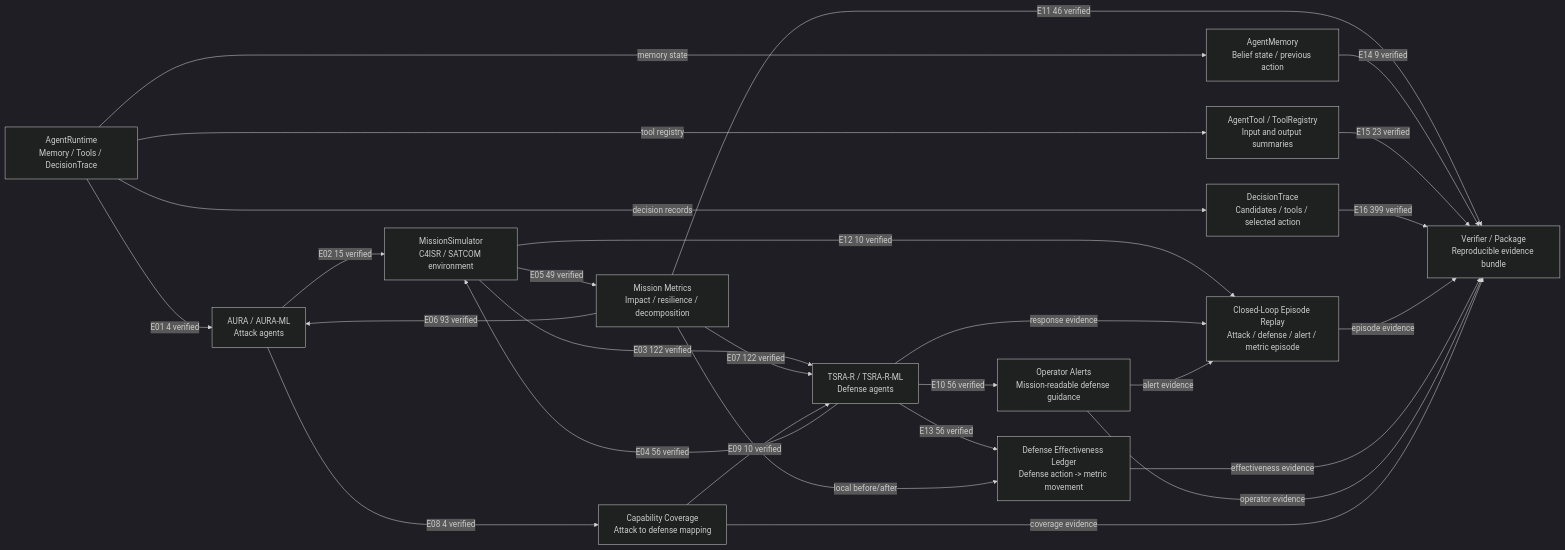
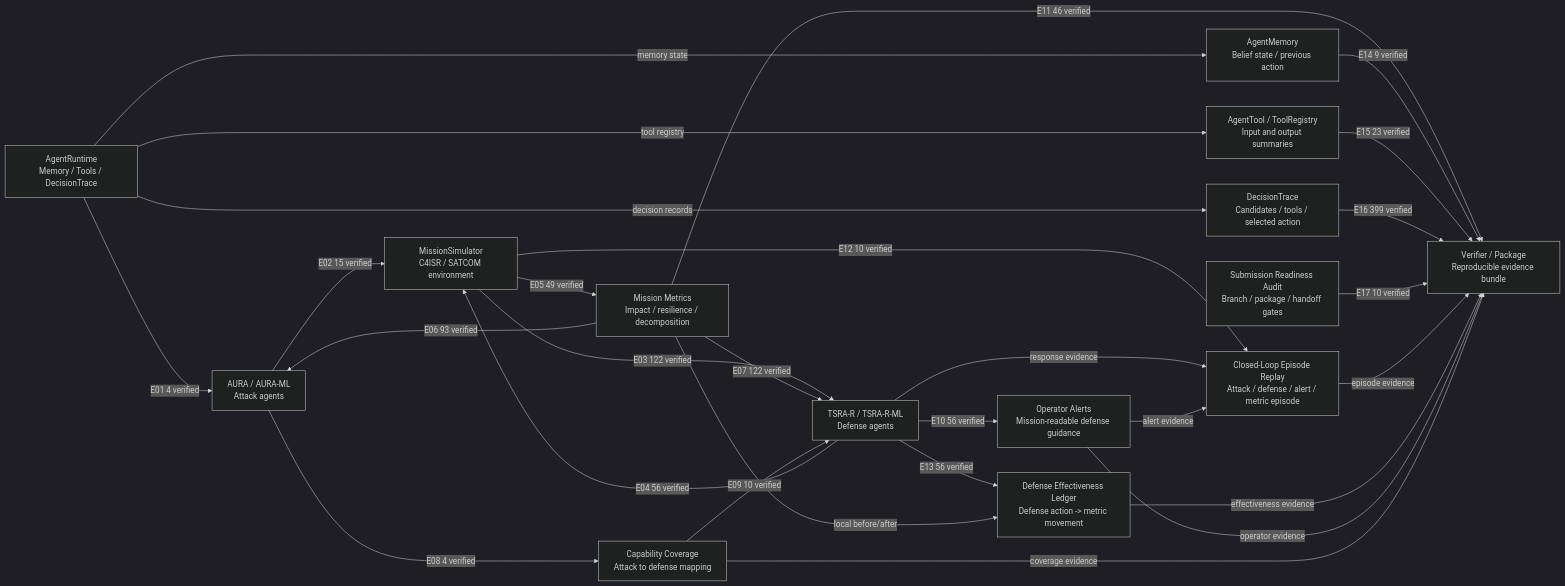
The diagram in outputs/report_tables/agent_collaboration_graph.md (Hbin77/LIG_DAH_AGI), drawn with Mermaid (dark theme) before and after one commit. The commit also changed other lines of this file and 18 other files, not shown here.

Commit message:
Add submission readiness audit

````diff
--- a/outputs/report_tables/agent_collaboration_graph.md
+++ b/outputs/report_tables/agent_collaboration_graph.md
@@ -7,42 +7,44 @@
 ```mermaid
 flowchart LR
   Runtime[AgentRuntime\nMemory / Tools / DecisionTrace]
   Memory[AgentMemory\nBelief state / previous action]
   Tools[AgentTool / ToolRegistry\nInput and output summaries]
   Trace[DecisionTrace\nCandidates / tools / selected action]
   Aura[AURA / AURA-ML\nAttack agents]
   Sim[MissionSimulator\nC4ISR / SATCOM environment]
   Tsra[TSRA-R / TSRA-R-ML\nDefense agents]
   Metrics[Mission Metrics\nImpact / resilience / decomposition]
   Alerts[Operator Alerts\nMission-readable defense guidance]
   Ledger[Defense Effectiveness Ledger\nDefense action -> metric movement]
   Coverage[Capability Coverage\nAttack to defense mapping]
   Replay[Closed-Loop Episode Replay\nAttack / defense / alert / metric episode]
+  Readiness[Submission Readiness Audit\nBranch / package / handoff gates]
   Verifier[Verifier / Package\nReproducible evidence bundle]
   Runtime -->|E01 4 verified| Aura
   Runtime -->|memory state| Memory
   Runtime -->|tool registry| Tools
   Runtime -->|decision records| Trace
   Aura -->|E02 15 verified| Sim
   Sim -->|E03 122 verified| Tsra
   Tsra -->|E04 56 verified| Sim
   Sim -->|E05 49 verified| Metrics
   Metrics -->|E06 93 verified| Aura
   Metrics -->|E07 122 verified| Tsra
   Aura -->|E08 4 verified| Coverage
   Coverage -->|E09 10 verified| Tsra
   Tsra -->|E10 56 verified| Alerts
   Metrics -->|E11 46 verified| Verifier
   Sim -->|E12 10 verified| Replay
   Tsra -->|E13 56 verified| Ledger
   Metrics -->|local before/after| Ledger
   Memory -->|E14 9 verified| Verifier
   Tools -->|E15 23 verified| Verifier
   Trace -->|E16 399 verified| Verifier
+  Readiness -->|E17 10 verified| Verifier
   Tsra -->|response evidence| Replay
   Alerts -->|alert evidence| Replay
   Replay -->|episode evidence| Verifier
   Ledger -->|effectiveness evidence| Verifier
   Alerts -->|operator evidence| Verifier
   Coverage -->|coverage evidence| Verifier
 ```
````
